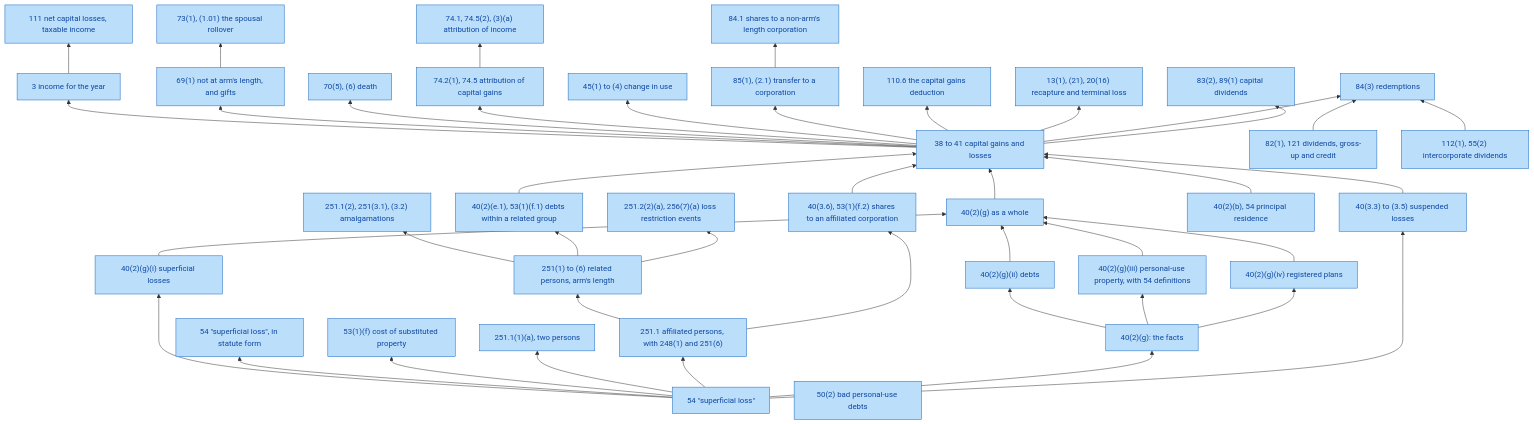
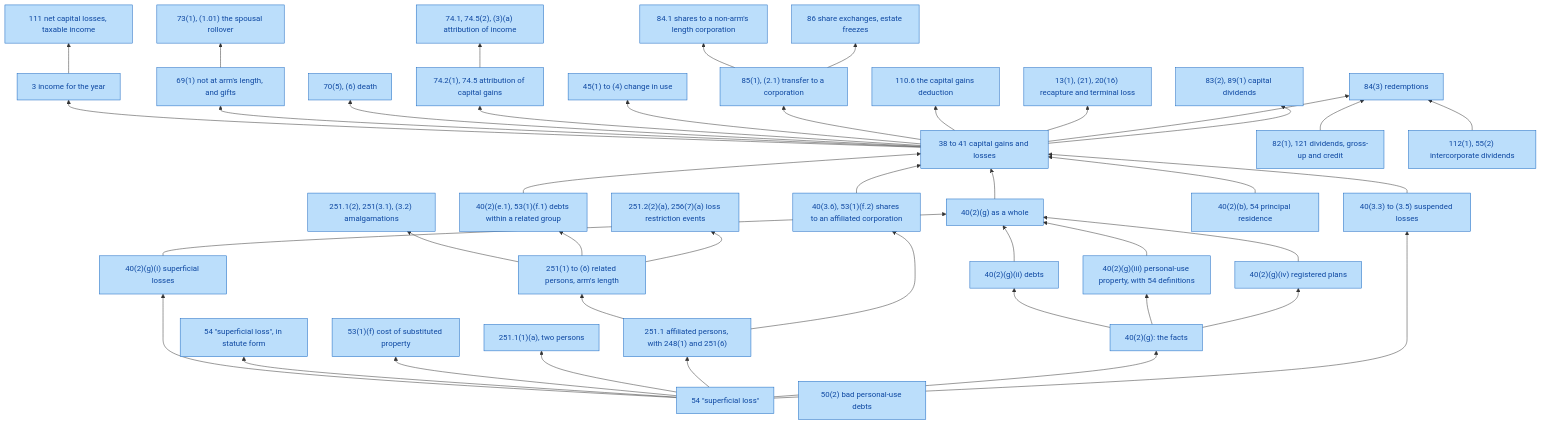
One commit to SeanWMurray/Canteen changed the diagram in docs/graphs/provisions.md. Above: the diagram before and after it, drawn with Mermaid. The commit also changed 16 other files, not shown here.

First line of the commit message:
Encode share exchanges: 86(1) to (3)

````diff
--- a/docs/graphs/provisions.md
+++ b/docs/graphs/provisions.md
@@ -7,80 +7,82 @@
 ```mermaid
 flowchart BT
   v0["54 #quot;superficial loss#quot;"]:::prov
   v1["40(2)(g)(i) superficial losses"]:::prov
   v2["54 #quot;superficial loss#quot;, in statute form"]:::prov
   v3["53(1)(f) cost of substituted property"]:::prov
   v4["251.1(1)(a), two persons"]:::prov
   v5["251.1 affiliated persons, with 248(1) and 251(6)"]:::prov
   v6["251(1) to (6) related persons, arm's length"]:::prov
   v7["251.1(2), 251(3.1), (3.2) amalgamations"]:::prov
   v8["40(2)(g): the facts"]:::prov
   v9["40(2)(g)(ii) debts"]:::prov
   v10["40(2)(g)(iii) personal-use property, with 54 definitions"]:::prov
   v11["40(2)(g)(iv) registered plans"]:::prov
   v12["40(2)(g) as a whole"]:::prov
   v13["40(3.3) to (3.5) suspended losses"]:::prov
   v14["40(3.6), 53(1)(f.2) shares to an affiliated corporation"]:::prov
   v15["40(2)(e.1), 53(1)(f.1) debts within a related group"]:::prov
   v16["40(2)(b), 54 principal residence"]:::prov
   v17["38 to 41 capital gains and losses"]:::prov
   v18["3 income for the year"]:::prov
   v19["111 net capital losses, taxable income"]:::prov
   v20["69(1) not at arm's length, and gifts"]:::prov
   v21["73(1), (1.01) the spousal rollover"]:::prov
   v22["70(5), (6) death"]:::prov
   v23["74.2(1), 74.5 attribution of capital gains"]:::prov
   v24["45(1) to (4) change in use"]:::prov
   v25["85(1), (2.1) transfer to a corporation"]:::prov
   v26["84.1 shares to a non-arm's length corporation"]:::prov
   v27["110.6 the capital gains deduction"]:::prov
   v28["251.2(2)(a), 256(7)(a) loss restriction events"]:::prov
   v29["74.1, 74.5(2), (3)(a) attribution of income"]:::prov
   v30["82(1), 121 dividends, gross-up and credit"]:::prov
   v31["112(1), 55(2) intercorporate dividends"]:::prov
   v32["13(1), (21), 20(16) recapture and terminal loss"]:::prov
   v33["84(3) redemptions"]:::prov
   v34["83(2), 89(1) capital dividends"]:::prov
-  v35["50(2) bad personal-use debts"]:::prov
+  v35["86 share exchanges, estate freezes"]:::prov
+  v36["50(2) bad personal-use debts"]:::prov
   v0 --> v1
   v0 --> v2
   v0 --> v3
   v0 --> v4
   v0 --> v5
   v5 --> v6
   v6 --> v7
   v0 --> v8
   v8 --> v9
   v8 --> v10
   v8 --> v11
   v9 --> v12
   v10 --> v12
   v11 --> v12
   v1 --> v12
   v0 --> v13
   v5 --> v14
   v6 --> v15
   v12 --> v17
   v13 --> v17
   v14 --> v17
   v15 --> v17
   v16 --> v17
   v17 --> v18
   v18 --> v19
   v17 --> v20
   v20 --> v21
   v17 --> v22
   v17 --> v23
   v17 --> v24
   v17 --> v25
   v25 --> v26
   v17 --> v27
   v6 --> v28
   v23 --> v29
   v17 --> v32
   v17 --> v33
   v30 --> v33
   v31 --> v33
   v17 --> v34
+  v25 --> v35
   classDef prov fill:#bbdefb,stroke:#1565c0,color:#0d47a1
 ```
````
